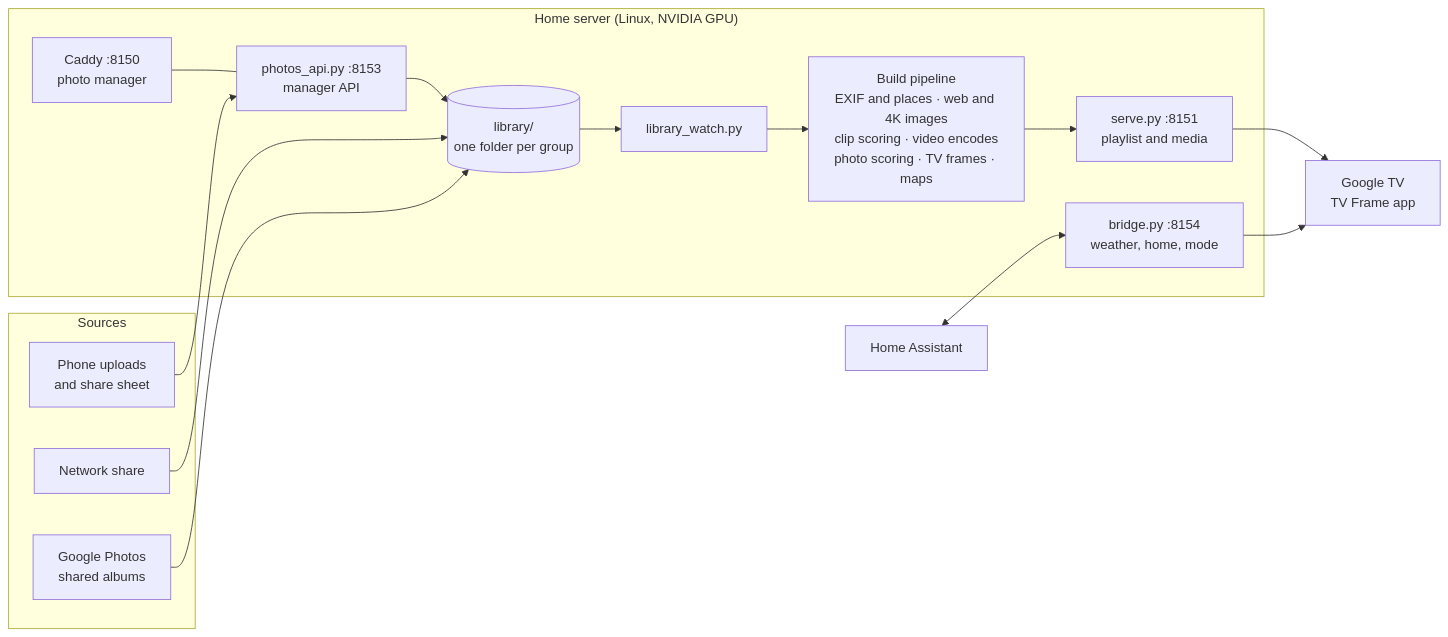
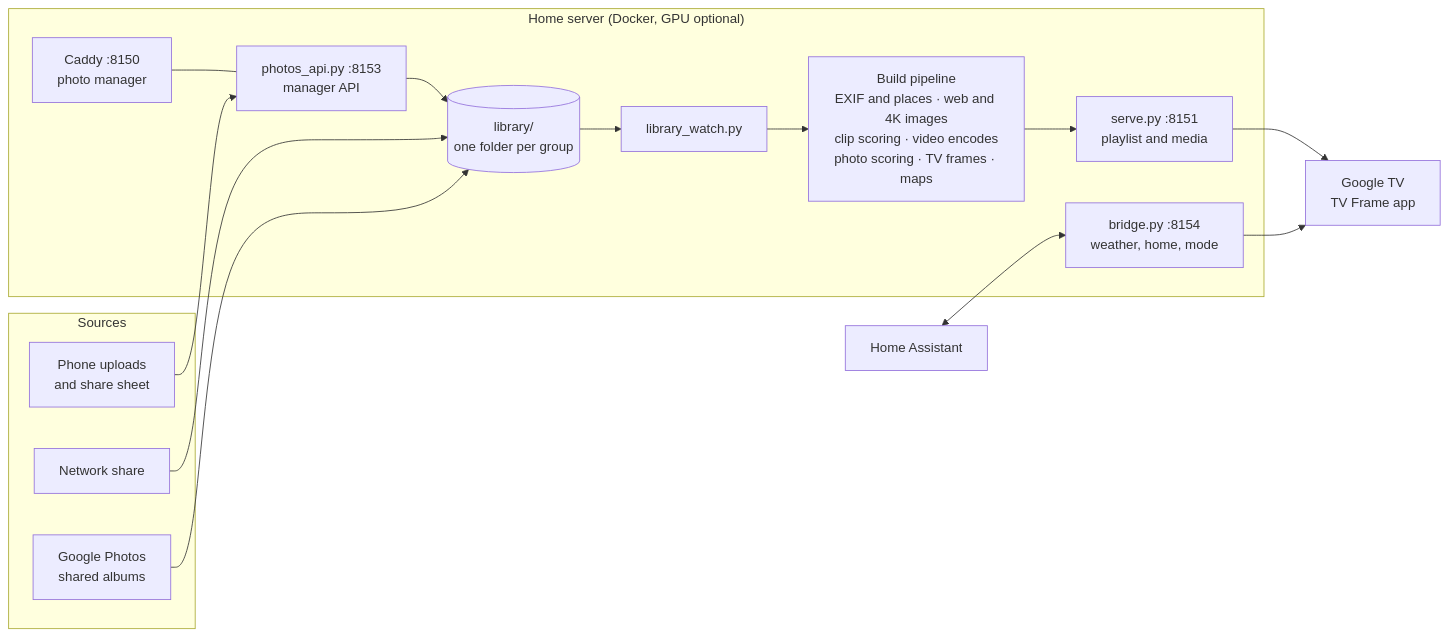
The diagram in README.md (nicglazkov/tvframe), drawn with Mermaid before and after one commit. The commit also changed other lines of this file and 53 other files, not shown here.

First line of the commit message:
Install on any computer with Docker, with or without a GPU

````diff
--- a/README.md
+++ b/README.md
@@ -83,27 +83,27 @@
 ```mermaid
 flowchart LR
   subgraph Sources
     A[Phone uploads<br>and share sheet] 
     B[Network share]
     C[Google Photos<br>shared albums]
   end
-  subgraph Server["Home server (Linux, NVIDIA GPU)"]
+  subgraph Server["Home server (Docker, GPU optional)"]
     L[(library/<br>one folder per group)]
     W[library_watch.py]
     P["Build pipeline<br>EXIF and places · web and 4K images<br>clip scoring · video encodes<br>photo scoring · TV frames · maps"]
     S["serve.py :8151<br>playlist and media"]
     API["photos_api.py :8153<br>manager API"]
     BR["bridge.py :8154<br>weather, home, mode"]
     WEB["Caddy :8150<br>photo manager"]
   end
   HA[Home Assistant]
   TV["Google TV<br>TV Frame app"]
   A --> API --> L
   B --> L
   C --> L
   L --> W --> P --> S
   S --> TV
   BR --> TV
   HA <--> BR
   WEB --- API
 ```
````
